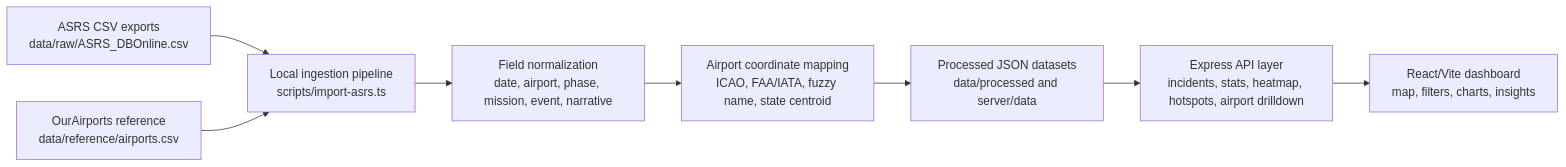
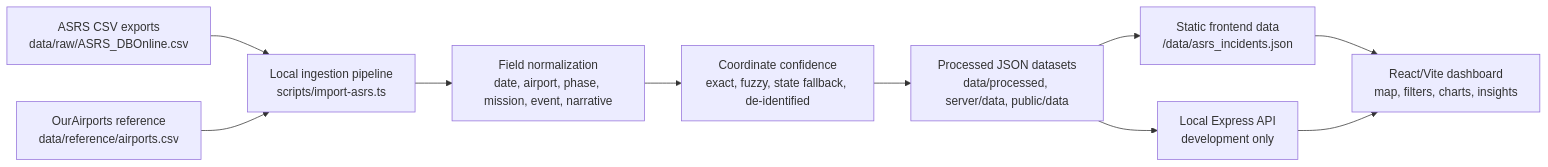
The diagram in README.md (erdenesukh1987/ASRS-Aviation-Safety-Intelligence), drawn with Mermaid before and after one commit. The commit also changed other lines of this file and 14 other files, not shown here.

````diff
--- a/README.md
+++ b/README.md
@@ -40,10 +41,12 @@
 ```mermaid
 flowchart LR
     A["ASRS CSV exports<br/>data/raw/ASRS_DBOnline.csv"] --> B["Local ingestion pipeline<br/>scripts/import-asrs.ts"]
     C["OurAirports reference<br/>data/reference/airports.csv"] --> B
     B --> D["Field normalization<br/>date, airport, phase, mission, event, narrative"]
-    D --> E["Airport coordinate mapping<br/>ICAO, FAA/IATA, fuzzy name, state centroid"]
-    E --> F["Processed JSON datasets<br/>data/processed and server/data"]
-    F --> G["Express API layer<br/>incidents, stats, heatmap, hotspots, airport drilldown"]
+    D --> E["Coordinate confidence<br/>exact, fuzzy, state fallback, de-identified"]
+    E --> F["Processed JSON datasets<br/>data/processed, server/data, public/data"]
+    F --> G["Static frontend data<br/>/data/asrs_incidents.json"]
+    F --> I["Local Express API<br/>development only"]
     G --> H["React/Vite dashboard<br/>map, filters, charts, insights"]
+    I --> H
 ```
````
